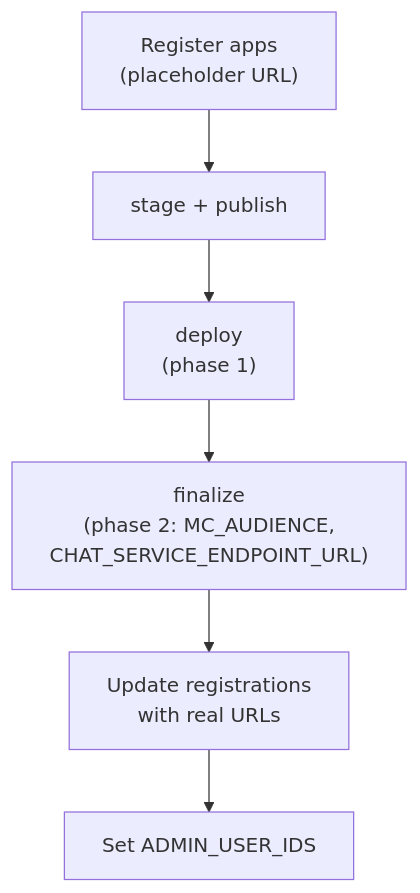
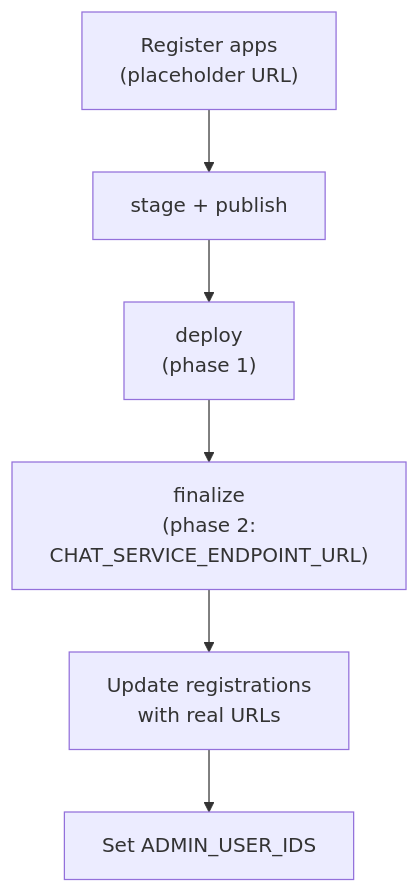
The diagram in docs/deployment.md (commercetools/merchant-center-ai-assistant), drawn with Mermaid before and after one commit. The commit also changed other lines of this file and 51 other files, not shown here.

````diff
--- a/docs/deployment.md
+++ b/docs/deployment.md
@@ -36,4 +36,4 @@
 ```mermaid
 flowchart TD
-  R["Register apps<br/>(placeholder URL)"] --> S["stage + publish"] --> D["deploy<br/>(phase 1)"] --> F["finalize<br/>(phase 2: MC_AUDIENCE,<br/>CHAT_SERVICE_ENDPOINT_URL)"] --> U["Update registrations<br/>with real URLs"] --> A["Set ADMIN_USER_IDS"]
+  R["Register apps<br/>(placeholder URL)"] --> S["stage + publish"] --> D["deploy<br/>(phase 1)"] --> F["finalize<br/>(phase 2:<br/>CHAT_SERVICE_ENDPOINT_URL)"] --> U["Update registrations<br/>with real URLs"] --> A["Set ADMIN_USER_IDS"]
 ```
````
